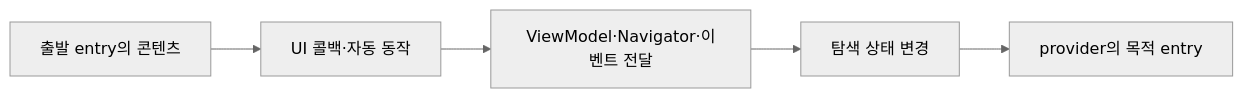
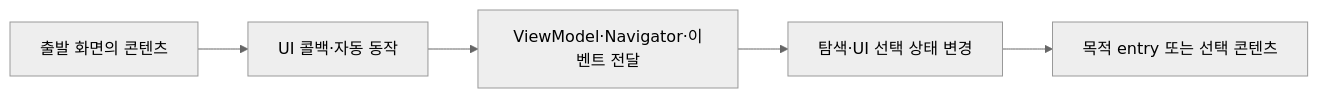
Before and after one commit to android-apm-tool/android-apm: the diagram in docs/04-navigation-transition-analysis.md, drawn with Mermaid (neutral theme). The commit also changed other lines of this file and 7 other files, not shown here.

````diff
--- a/docs/04-navigation-transition-analysis.md
+++ b/docs/04-navigation-transition-analysis.md
@@ -9,7 +11,7 @@
 ```mermaid
 flowchart LR
-    A[출발 entry의 콘텐츠] --> B[UI 콜백·자동 동작]
+    A[출발 화면의 콘텐츠] --> B[UI 콜백·자동 동작]
     B --> C[ViewModel·Navigator·이벤트 전달]
-    C --> D[탐색 상태 변경]
-    D --> E[provider의 목적 entry]
+    C --> D[탐색·UI 선택 상태 변경]
+    D --> E[목적 entry 또는 선택 콘텐츠]
 ```
````
